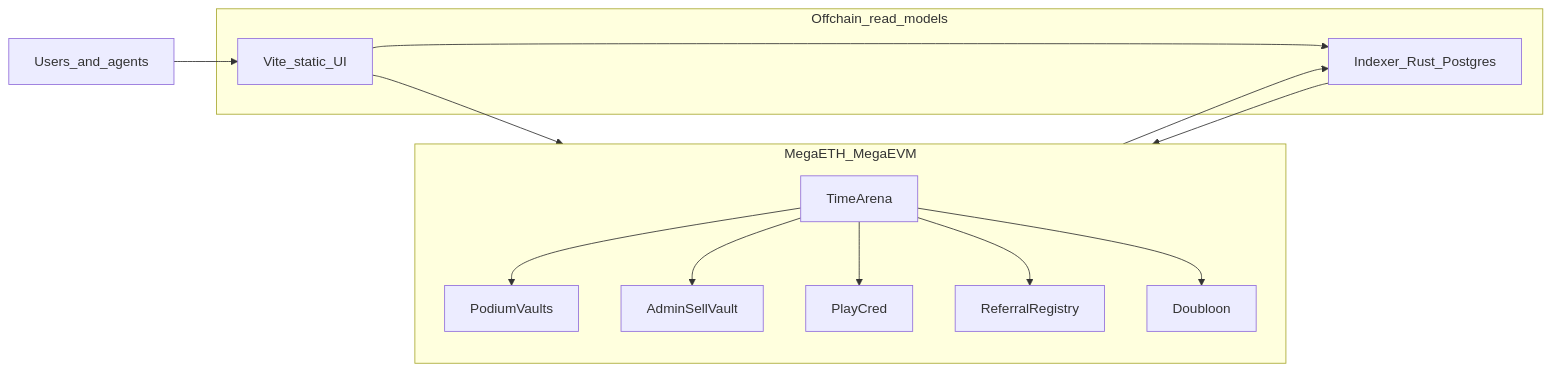
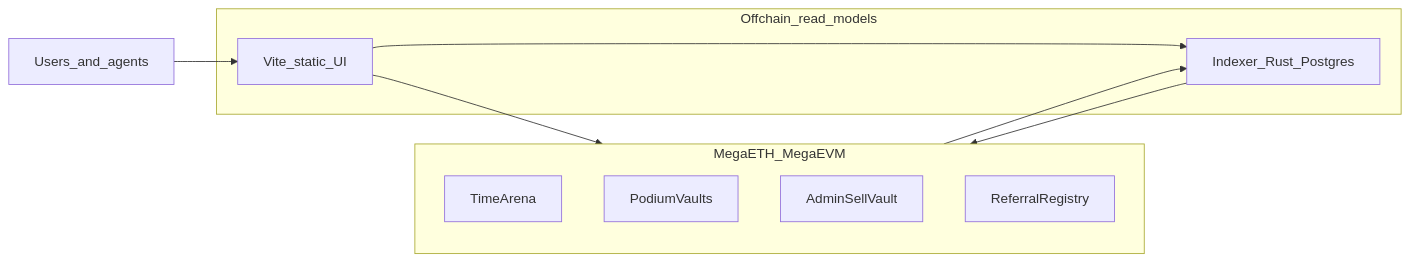
Before and after one commit to PlasticDigits/yieldomega: the diagram in docs/architecture/overview.md, drawn with Mermaid. The commit also changed other lines of this file and 76 other files, not shown here.

````diff
--- a/docs/architecture/overview.md
+++ b/docs/architecture/overview.md
@@ -47,25 +47,18 @@
 ```mermaid
 flowchart LR
   subgraph chain [MegaETH_MegaEVM]
     TA[TimeArena]
     PV[PodiumVaults]
-    ASV[AdminSellVault]
-    PC[PlayCred]
+    AV[AdminSellVault]
     RR[ReferralRegistry]
-    DB[Doubloon]
   end
   subgraph offchain [Offchain_read_models]
     IDX[Indexer_Rust_Postgres]
     WEB[Vite_static_UI]
   end
   Actor[Users_and_agents] --> WEB
   WEB --> IDX
   WEB --> chain
   IDX --> chain
   chain --> IDX
-  TA --> PV
-  TA --> ASV
-  TA --> PC
-  TA --> RR
-  TA --> DB
 ```
````
